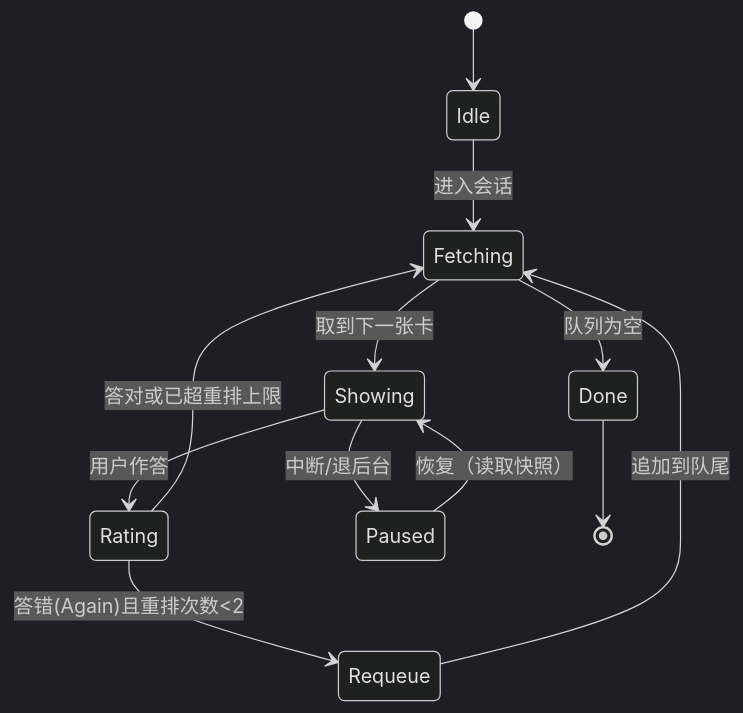
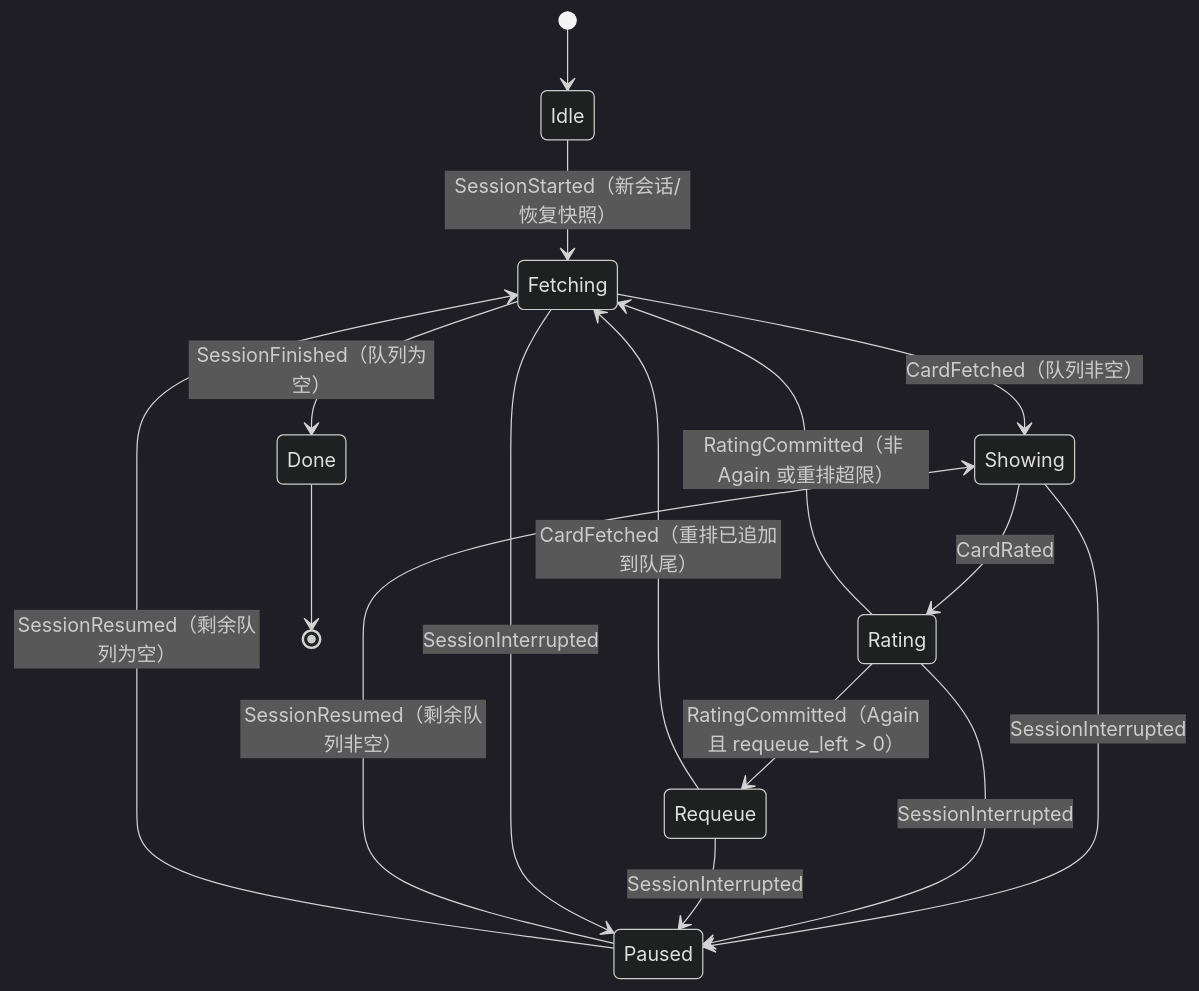
One commit to Lmx2891632957/HappyBeiDanCi changed the second of 3 diagrams in TECH_DOC.md. Above: the diagram before and after it, drawn with Mermaid (dark theme). The commit also changed other lines of this file, not shown here.

````diff
--- a/TECH_DOC.md
+++ b/TECH_DOC.md
@@ -204,14 +204,18 @@
 ```mermaid
 stateDiagram-v2
     [*] --> Idle
-    Idle --> Fetching: 进入会话
-    Fetching --> Showing: 取到下一张卡
-    Showing --> Rating: 用户作答
-    Rating --> Requeue: 答错(Again)且重排次数<2
-    Rating --> Fetching: 答对或已超重排上限
-    Requeue --> Fetching: 追加到队尾
-    Showing --> Paused: 中断/退后台
-    Paused --> Showing: 恢复（读取快照）
-    Fetching --> Done: 队列为空
+    Idle --> Fetching: SessionStarted（新会话/恢复快照）
+    Fetching --> Showing: CardFetched（队列非空）
+    Fetching --> Done: SessionFinished（队列为空）
+    Showing --> Rating: CardRated
+    Rating --> Requeue: RatingCommitted（Again 且 requeue_left > 0）
+    Rating --> Fetching: RatingCommitted（非 Again 或重排超限）
+    Requeue --> Fetching: CardFetched（重排已追加到队尾）
+    Showing --> Paused: SessionInterrupted
+    Rating --> Paused: SessionInterrupted
+    Requeue --> Paused: SessionInterrupted
+    Fetching --> Paused: SessionInterrupted
+    Paused --> Showing: SessionResumed（剩余队列非空）
+    Paused --> Fetching: SessionResumed（剩余队列为空）
     Done --> [*]
 ```
````
